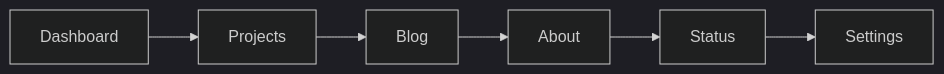
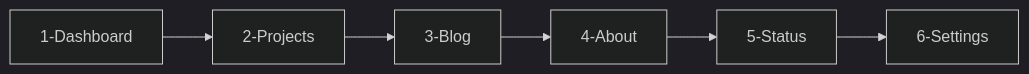
Before and after one commit to akram-222/Akram_Portfolio: the first of 2 diagrams in README.md, drawn with Mermaid (dark theme). The commit also changed other lines of this file, not shown here.

````diff
--- a/README.md
+++ b/README.md
@@ -5,15 +8,12 @@
  ```mermaid
- 
  flowchart LR
-    Dashboard-->Projects
-    Projects-->Blog
-    Blog-->About
-    About-->Status
-    Status--> Settings
+    1-Dashboard-->2-Projects
+    2-Projects-->3-Blog
+    3-Blog-->4-About
+    4-About-->5-Status
+    5-Status-->6-Settings
     click A "https://www.github.com" _blank
     click B "https://www.github.com" "Open this in a new tab" _blank
     click C href "https://www.github.com" _blank
     click D href "https://www.github.com" "Open this in a new tab" _blank
-
- 
  ```
````
